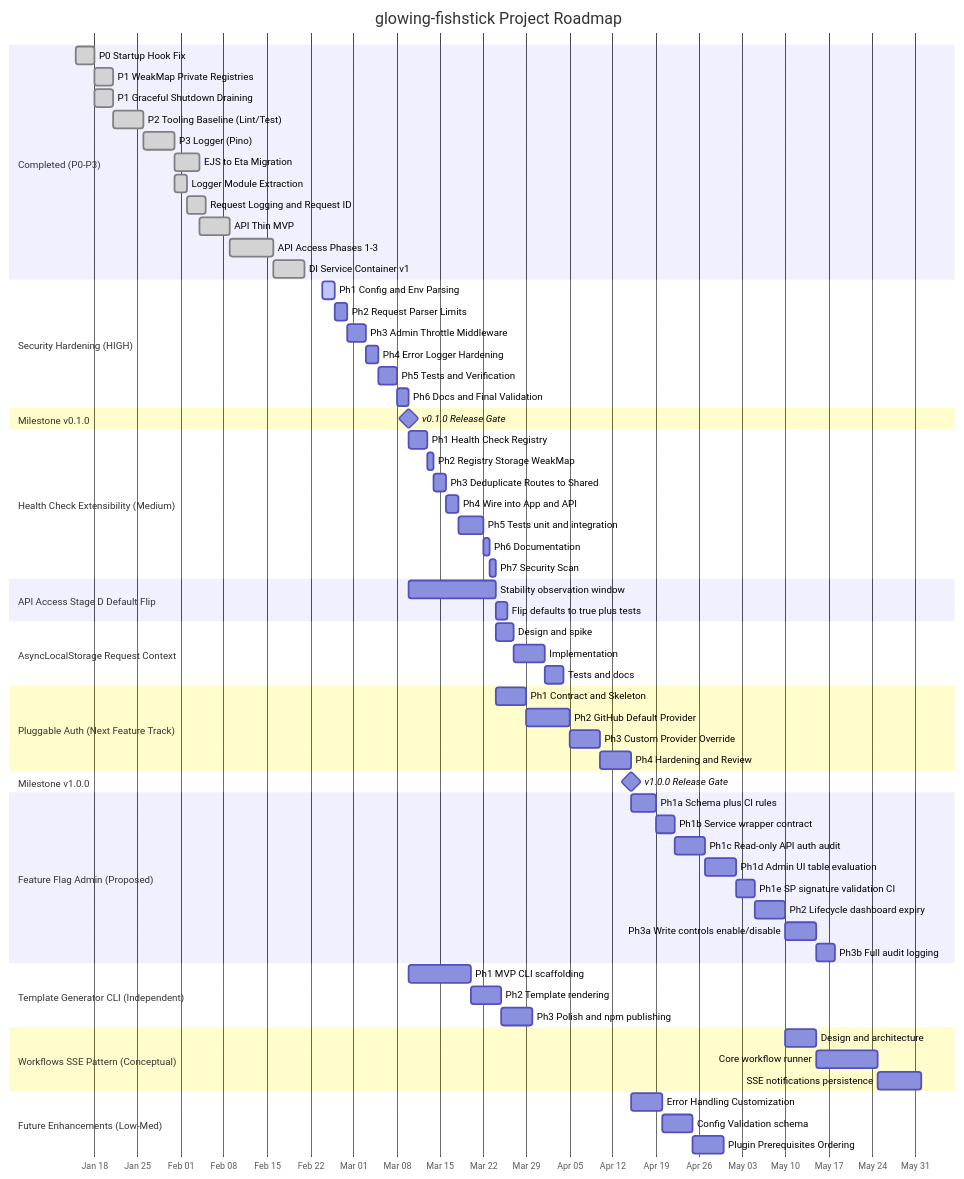
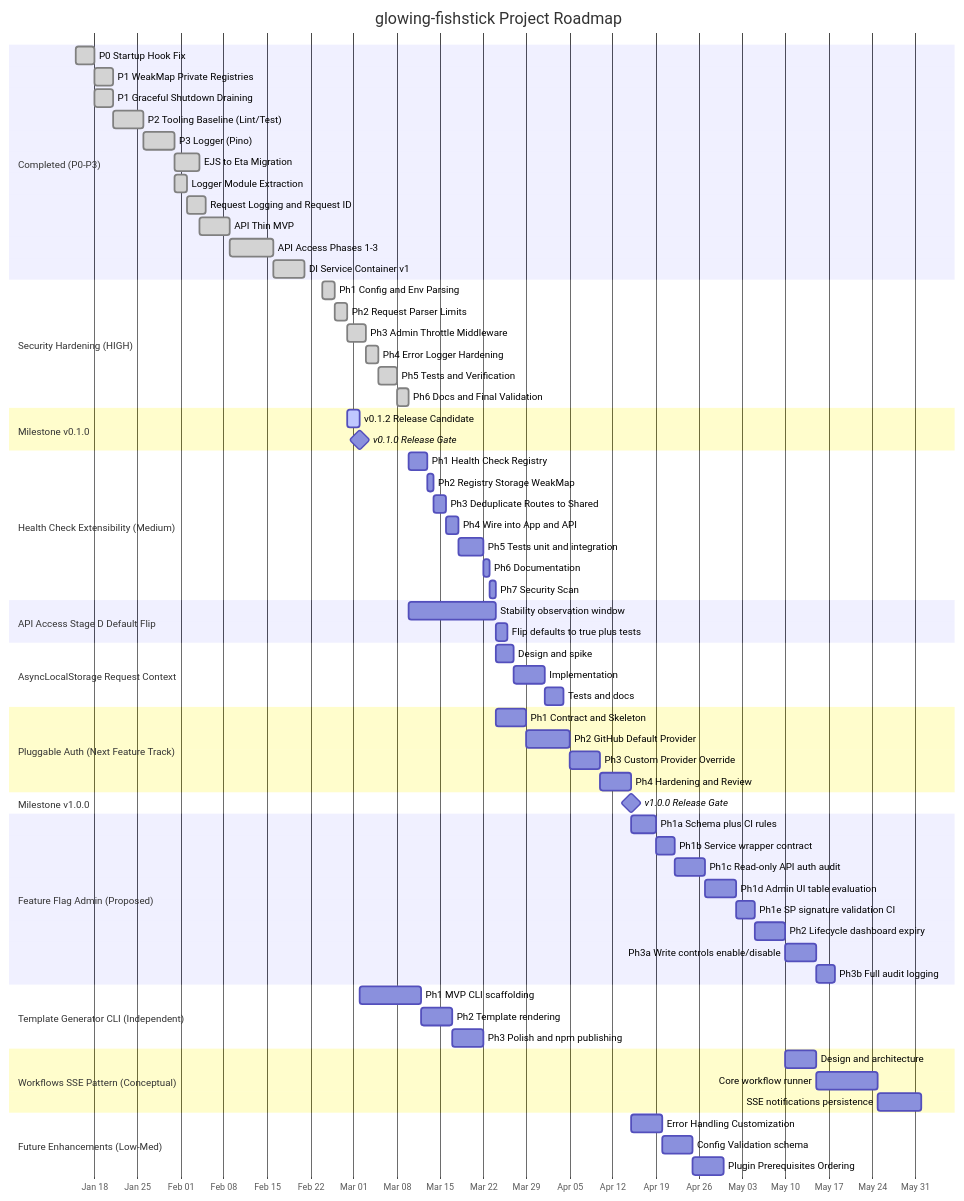
The diagram in documentation/glowing-fishstick_project_gantt.mmd (jeffcaradona/glowing-fishstick), drawn with Mermaid before and after one commit. The commit also changed 27 other files, not shown here.

First line of the commit message:
Release candidate/0.1.2 (#50)

```diff
--- a/documentation/glowing-fishstick_project_gantt.mmd
+++ b/documentation/glowing-fishstick_project_gantt.mmd
@@ -1,81 +1,82 @@
 gantt
     title glowing-fishstick Project Roadmap
     dateFormat YYYY-MM-DD
     axisFormat %b %d
     todayMarker stroke-width:3px,stroke:#f00
 
     section Completed (P0-P3)
     P0 Startup Hook Fix              :done, p0,  2026-01-15, 3d
     P1 WeakMap Private Registries    :done, p1a, after p0,   3d
     P1 Graceful Shutdown Draining    :done, p1b, after p0,   3d
     P2 Tooling Baseline (Lint/Test)  :done, p2,  after p1a,  5d
     P3 Logger (Pino)                 :done, p3,  after p2,   5d
     EJS to Eta Migration             :done, eta, after p3,   4d
     Logger Module Extraction         :done, logx,after p3,   2d
     Request Logging and Request ID   :done, rid, after logx, 3d
     API Thin MVP                     :done, api, after eta,  5d
     API Access Phases 1-3            :done, acc, after api,  7d
     DI Service Container v1          :done, di,  after acc,  5d
 
     section Security Hardening (HIGH)
-    Ph1 Config and Env Parsing       :active, sh1, 2026-02-24, 2d
-    Ph2 Request Parser Limits        :sh2, after sh1, 2d
-    Ph3 Admin Throttle Middleware    :sh3, after sh2, 3d
-    Ph4 Error Logger Hardening       :sh4, after sh3, 2d
-    Ph5 Tests and Verification       :sh5, after sh4, 3d
-    Ph6 Docs and Final Validation    :sh6, after sh5, 2d
+    Ph1 Config and Env Parsing       :done, sh1, 2026-02-24, 2d
+    Ph2 Request Parser Limits        :done, sh2, after sh1, 2d
+    Ph3 Admin Throttle Middleware    :done, sh3, after sh2, 3d
+    Ph4 Error Logger Hardening       :done, sh4, after sh3, 2d
+    Ph5 Tests and Verification       :done, sh5, after sh4, 3d
+    Ph6 Docs and Final Validation    :done, sh6, after sh5, 2d
 
     section Milestone v0.1.0
-    v0.1.0 Release Gate              :milestone, m010, after sh6, 0d
+    v0.1.2 Release Candidate         :active, rc012, 2026-02-28, 2d
+    v0.1.0 Release Gate              :milestone, m010, after rc012, 0d
 
     section Health Check Extensibility (Medium)
     Ph1 Health Check Registry        :hc1, after sh6, 3d
     Ph2 Registry Storage WeakMap     :hc2, after hc1, 1d
     Ph3 Deduplicate Routes to Shared :hc3, after hc2, 2d
     Ph4 Wire into App and API        :hc4, after hc3, 2d
     Ph5 Tests unit and integration   :hc5, after hc4, 4d
     Ph6 Documentation                :hc6, after hc5, 1d
     Ph7 Security Scan                :hc7, after hc6, 1d
 
     section API Access Stage D Default Flip
     Stability observation window     :stab, after sh6, 14d
     Flip defaults to true plus tests :flip, after stab, 2d
 
     section AsyncLocalStorage Request Context
     Design and spike                 :als1, after hc7, 3d
     Implementation                   :als2, after als1, 5d
     Tests and docs                   :als3, after als2, 3d
 
     section Pluggable Auth (Next Feature Track)
     Ph1 Contract and Skeleton        :au1, after hc7, 5d
     Ph2 GitHub Default Provider      :au2, after au1, 7d
     Ph3 Custom Provider Override     :au3, after au2, 5d
     Ph4 Hardening and Review         :au4, after au3, 5d
 
     section Milestone v1.0.0
     v1.0.0 Release Gate              :milestone, m100, after au4, 0d
 
     section Feature Flag Admin (Proposed)
     Ph1a Schema plus CI rules        :ff1, after au4, 4d
     Ph1b Service wrapper contract    :ff2, after ff1, 3d
     Ph1c Read-only API auth audit    :ff3, after ff2, 5d
     Ph1d Admin UI table evaluation   :ff4, after ff3, 5d
     Ph1e SP signature validation CI  :ff5, after ff4, 3d
     Ph2 Lifecycle dashboard expiry   :ff6, after ff5, 5d
     Ph3a Write controls enable/disable :ff7, after ff6, 5d
     Ph3b Full audit logging          :ff8, after ff7, 3d
 
     section Template Generator CLI (Independent)
     Ph1 MVP CLI scaffolding          :gen1, after m010, 10d
     Ph2 Template rendering           :gen2, after gen1, 5d
     Ph3 Polish and npm publishing    :gen3, after gen2, 5d
 
     section Workflows SSE Pattern (Conceptual)
     Design and architecture          :wf1, after ff6, 5d
     Core workflow runner             :wf2, after wf1, 10d
     SSE notifications persistence    :wf3, after wf2, 7d
 
     section Future Enhancements (Low-Med)
     Error Handling Customization     :fut1, after au4, 5d
     Config Validation schema         :fut2, after fut1, 5d
     Plugin Prerequisites Ordering    :fut3, after fut2, 5d
```
